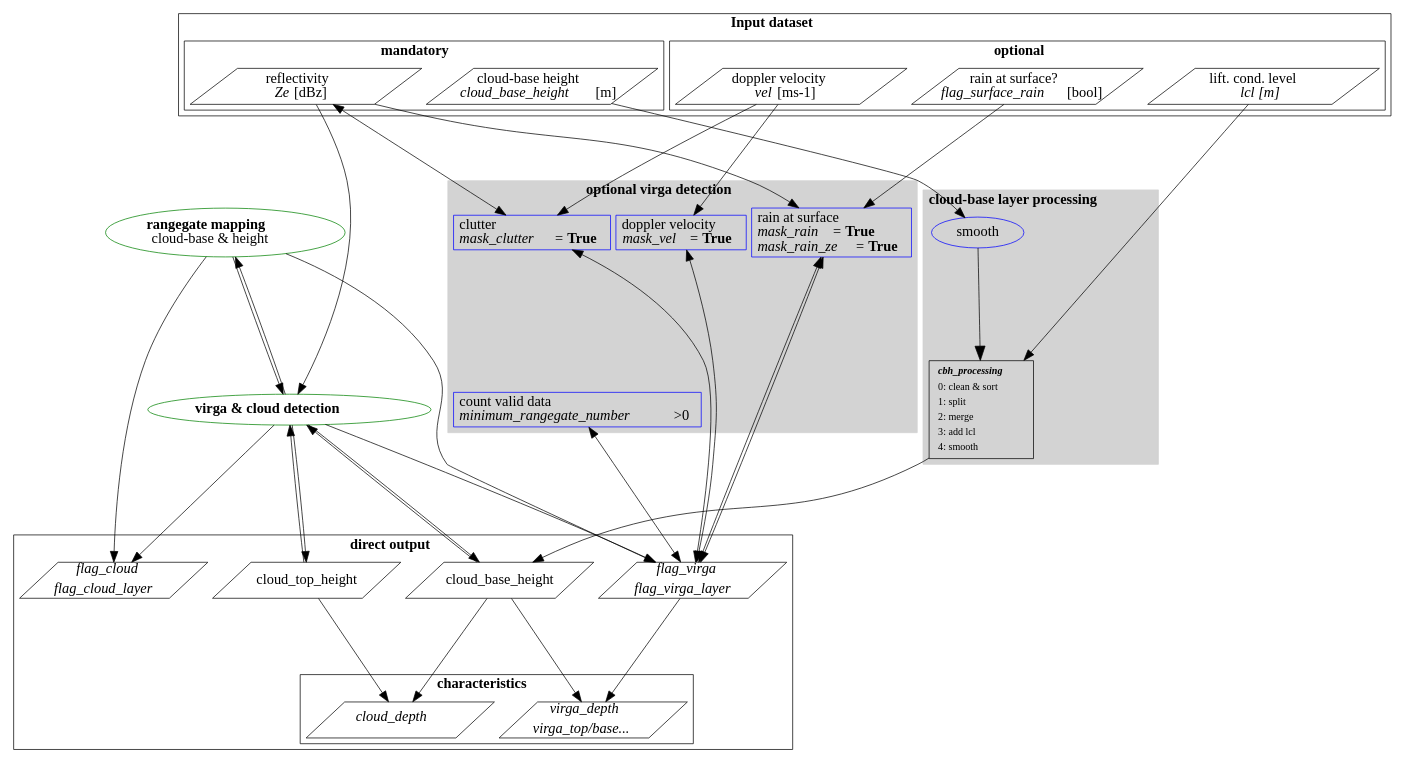
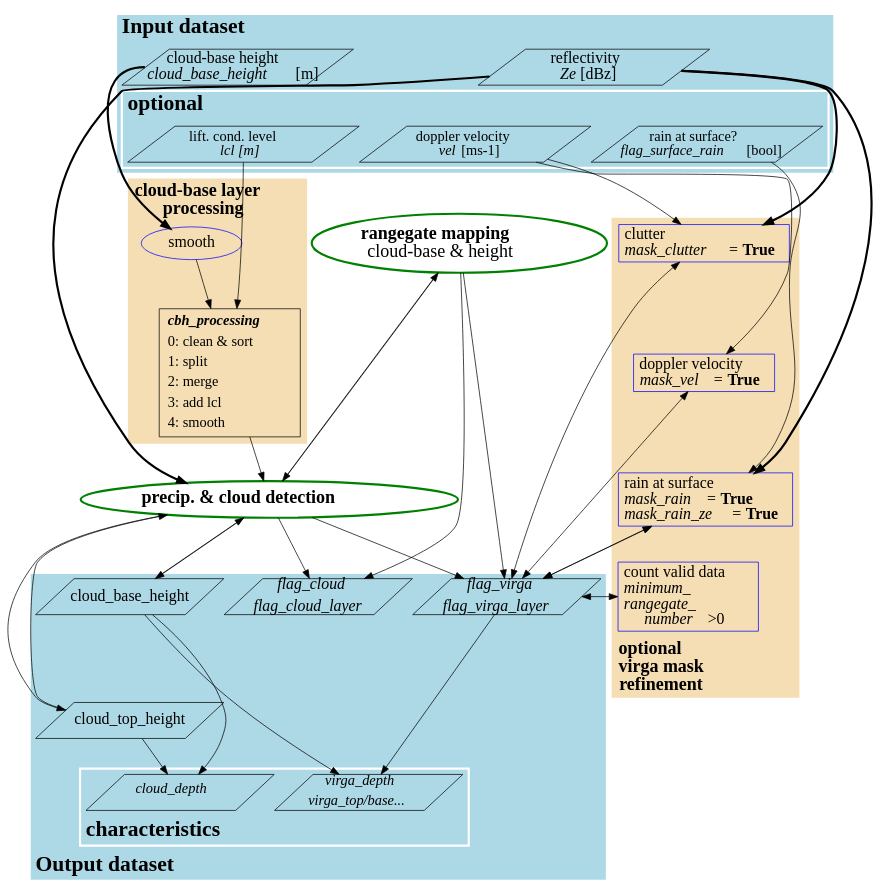
Before and after one commit to remsens-lim/virga_sniffer: the diagram in docs/flowchart.dot, drawn with Graphviz. The commit also changed 16 other files, not shown here.

```diff
--- a/docs/flowchart.dot
+++ b/docs/flowchart.dot
@@ -1,125 +1,164 @@
 digraph virgasniffer {
     graph [
-        fontsize=20;
-        nodesep="0.1";
-        ranksep="2";
+        fontsize=25;
+        nodesep="0.02";
+        ranksep="0.7";
         rankdir="TD";
         overlap="false";
         splines="true";
     ];
-    edge [ arrowsize= 1.5];
+    edge [ arrowsize= 1.2];
     { "cbhprocess-detail" [
         shape="box";
+        fontsize=20
         label=<<TABLE BORDER='0'>
                 <TR align='left'><TD><i><b>cbh_processing</b></i></TD></TR>
                 <TR><TD align='left'>0: clean &amp; sort</TD></TR>
                 <TR><TD align='left'>1: split</TD></TR>
                 <TR><TD align='left'>2: merge</TD></TR>
                 <TR><TD align='left'>3: add lcl</TD></TR>
                 <TR><TD align='left'>4: smooth</TD></TR>
               </TABLE>>
         ];
     };
-    {node [shape=ellipse fontsize=20];
-        "layer-rg-map" [label=<<b>rangegate mapping</b><BR align="left"/>cloud-base &amp; height> color="green"];
-        "initial-detection" [label=<<b>virga &amp; cloud detection</b>> color="green"];
+    {node [shape=ellipse fontsize=25];
+        "layer-rg-map" [label=<<b>rangegate mapping</b><BR align="left"/>cloud-base &amp; height>
+        color="green" penwidth=3];
+        "initial-detection" [label=<<b>precip. &amp; cloud detection</b>> color="green" penwidth=3];
     };
     {subgraph cluster_1 {
         style="filled";
-        color="lightgrey";
-        node [color="blue" fontsize=20];
-        edge [color="black" arrowsize=2];
-        label=<<font><b>cloud-base layer processing</b></font>>;
+        color="wheat";
+        //pencolor="black";
+        penwidth="3";
+        node [color="blue" fontsize=22];
+        edge [color="black"];
+        label=<<font><b>cloud-base layer<BR/>processing</b></font>>;
+        labelloc=t;
         "smooth" -> "cbhprocess-detail";
     };};
     {subgraph cluster_0 {
         label=<<font><b>Input dataset</b></font>>;
-        subgraph cluster_01 {
-            node [shape="parallelogram" fontsize=20 fixedsize=true width=4.3 height=0.7];
+        fontsize=30
+        labeljust=l;
+        bgcolor="lightblue";
+        pencolor="white";
+        penwidth="3";
+        subgraph  {
+            node [shape="parallelogram" fontsize=22 fixedsize=true width=4.3 height=0.7];
             label=<<font><b>mandatory</b></font>>;
+            fontsize=22
             "ze" [label=<<font>reflectivity<BR align="left"/><i>Ze</i> [dBz]</font>>];
             "CBH0" [label=<<font>cloud-base height<BR/><i>cloud_base_height</i> [m]</font>>];
         };
         subgraph cluster_02 {
             node [shape="parallelogram" fixedsize=true width=4.3 height=0.7 fontsize=20];
             label=<<font><b>optional</b></font>>;
+            labelfontsize=16
+            pencolor="white";
             "vel" [label=<<font>doppler velocity<BR align="left"/><i>vel</i> [ms-1]</font>>];
             "lcl" [label=<<font>lift. cond. level<BR align="left"/><i>lcl [m]</i></font>>];
             "flag_surface_rain" [label=<<font>rain at surface?<BR/><i>flag_surface_rain</i> [bool]</font>>];
         };
+            "ze" -> "vel" [style="invis"]
     };};
     {subgraph cluster_2 {
         style="filled";
-        color="lightgrey";
-        nodesep=0.03;
-        node [color="blue" shape="box" fontsize=20];
+        color="wheat";
+        //pencolor="black";
+        penwidth="3";
+        node [color="blue" shape="box" fontsize=22];
         edge [color="black"];
-        label=<<font><b>optional virga detection</b></font>>;
+        label=<<font><b>optional<BR align="left"/>virga mask<BR align="left"/>refinement</b></font>>;
+        labeljust=l;
+        labelloc=b;
         "mvel" [label=<<font>doppler velocity<BR align="left"/><i>mask_vel</i>=<b>True</b></font>>];
         "mclut" [label=<<font>clutter<BR align="left"/><i>mask_clutter</i>=<b>True</b></font>>];
-        "mrg" [label=<<font>count valid data<BR align="left"/><i>minimum_rangegate_number</i>&gt;0</font>>]
+        "mrg" [label=<<font>count valid data<BR align="left"/><i>minimum_<BR align="left"/>rangegate_<BR align="left"/>number</i>&gt;0</font>>]
         "mrain" [label=<<font>rain at surface<BR align="left"/><i>mask_rain</i>=<b>True</b><BR align="left"/><i>mask_rain_ze</i>=<b>True</b></font>>];
-         {"mclut" "mvel" "mrain"} -> "mrg"  [style="invis"]
+         {"mclut" } ->"mvel"[style="invis"]
+        "mvel" -> {"mrain"} [style="invis"]
+        "mrain" -> "mrg" [style="invis"]
 
     };};
 
-
     {subgraph cluster_9 {
         label=<<font><b>Output dataset</b></font>>;
+        bgcolor="lightblue"
+        fontsize=30;
+        labeljust=l;
+        labelloc=b;
+        pencolor="white";
+        penwidth="3";
+        //rank="same";
+        node [shape="parallelogram" fixedsize="true" width="3.5" height="0.7" fontsize=22 ]
 
-            rank="same";
-            node [shape="parallelogram" fixedsize="true" width="3.5" height="0.7" fontsize=20 ]
-            label=<<font><b>direct output</b></font>>;
-            "virgaflag" [label=<<TABLE BORDER='0'>
-                                <TR align='left'><TD port="1"><i>flag_virga</i></TD></TR>
-                                <TR align='left'><TD port="2"><i>flag_virga_layer</i></TD></TR>
-                                </TABLE>>
-                        ];
-            "cloudflag" [label=<<TABLE BORDER='0'>
-                                <TR align='left'><TD port="1"><i>flag_cloud</i></TD></TR>
-                                <TR align='left'><TD port="2"><i>flag_cloud_layer</i></TD></TR>
-                                </TABLE>>
-                        ];
-            "CTH" [label="cloud_top_height"];
-            "CBH" [label="cloud_base_height"];
+        "virgaflag" [label=<<TABLE BORDER='0'>
+                            <TR align='left'><TD port="1"><i>flag_virga</i></TD></TR>
+                            <TR align='left'><TD port="2"><i>flag_virga_layer</i></TD></TR>
+                            </TABLE>>
+                    ];
+        "cloudflag" [label=<<TABLE BORDER='0'>
+                            <TR align='left'><TD port="1"><i>flag_cloud</i></TD></TR>
+                            <TR align='left'><TD port="2"><i>flag_cloud_layer</i></TD></TR>
+                            </TABLE>>
+                    ];
+        "CTH" [label="cloud_top_height"];
+        "CBH" [label="cloud_base_height"];
 
         subgraph cluster_91 {
-            rank="same";
+            //rank="same";
             node [shape="parallelogram" fixedsize="true" width="3.5" height="0.7" fontsize=20 ]
             label=<<font><b>characteristics</b></font>>;
+            pencolor="white"
             "virgadepth" [label=<<TABLE BORDER='0'>
                                 <TR align='left'><TD port="1"><i>virga_depth</i></TD></TR>
                                 <TR align='left'><TD port="2"><i>virga_top/base...</i></TD></TR>
                                 </TABLE>>
                         ];
             "clouddepth" [label=<<TABLE BORDER='0'>
                                 <TR align='left'><TD port="1"><i>cloud_depth</i></TD></TR>
                                 <TR align='left'><TD></TD></TR>
                                 </TABLE>>
                         ];
         };
     };};
-    "CBH0" -> "smooth";
-    "ze" -> "initial-detection";
-    "vel" -> "mvel";
-    "vel" -> "mclut";
-    "ze" -> "mclut" [dir="both" weight=1];
-    "ze" -> "mrain";
-    "flag_surface_rain" -> "mrain";
-    "mvel" -> "virgaflag" [dir="both" weight=1];
-    "mclut" -> "virgaflag" [dir="both" weight=1];
-    "mrg" -> "virgaflag" [dir="both" weight=1];
-    "mrain" -> "virgaflag" [dir="both" weight=1];
-    "mrain" -> "virgaflag" [dir="both"];
+    "CBH0" -> "smooth" [tailport=w penwidth=3] ;
+    "lcl" -> "smooth" [style="invis"]
+    //"mrg" -> "layer-rg-map" [style="invis"];
+    //"mrg" -> "CBH" [style="invis"];
+    "cbhprocess-detail" -> "mclut" [style="invis"];
+
+    "vel" -> "layer-rg-map" [style="invis"];
+"flag_surface_rain" ->"layer-rg-map" [style="invis"];
+"initial-detection" -> "mvel" [style="invis"];
+"initial-detection" -> "mrg" [style="invis"];
+  "layer-rg-map" ->"cbhprocess-detail" [style="invis"];
+{"virgaflag" "CBH"}->"CTH" [style="invis"];
+
+    "ze" -> "initial-detection"  [penwidth=3];
     "lcl" -> "cbhprocess-detail";
-    "cbhprocess-detail" -> "CBH"
+    "cbhprocess-detail" -> "initial-detection" ;
+    //"cbhprocess-detail" -> "virgaflag" [style="invis" weight=10];
     {"CBH" "CTH"} -> "initial-detection";
     "initial-detection" -> {"CTH" "CBH"};
     "initial-detection" -> {"virgaflag" "cloudflag"};
     "initial-detection" -> "layer-rg-map";
     "layer-rg-map" -> "initial-detection";
     "layer-rg-map" -> {"virgaflag":2 "cloudflag":2};
     {"CBH" "virgaflag":2} -> "virgadepth";
     {"CBH" "CTH" } -> "clouddepth";
 
+    "vel" -> "mvel";
+    "vel" -> "mclut";
+    "ze" -> "mclut"  [penwidth=3];
+    "ze" -> "mrain"  [penwidth=3];
+    "flag_surface_rain" -> "mrain";
+    "mvel" -> "virgaflag" [dir="both"];
+    "mclut" -> "virgaflag" [dir="both"];
+    "mrg" -> "virgaflag" [dir="both"];
+    "mrain" -> "virgaflag" [dir="both"];
+    "mrain" -> "virgaflag" [dir="both"];
+
+
 }
```
